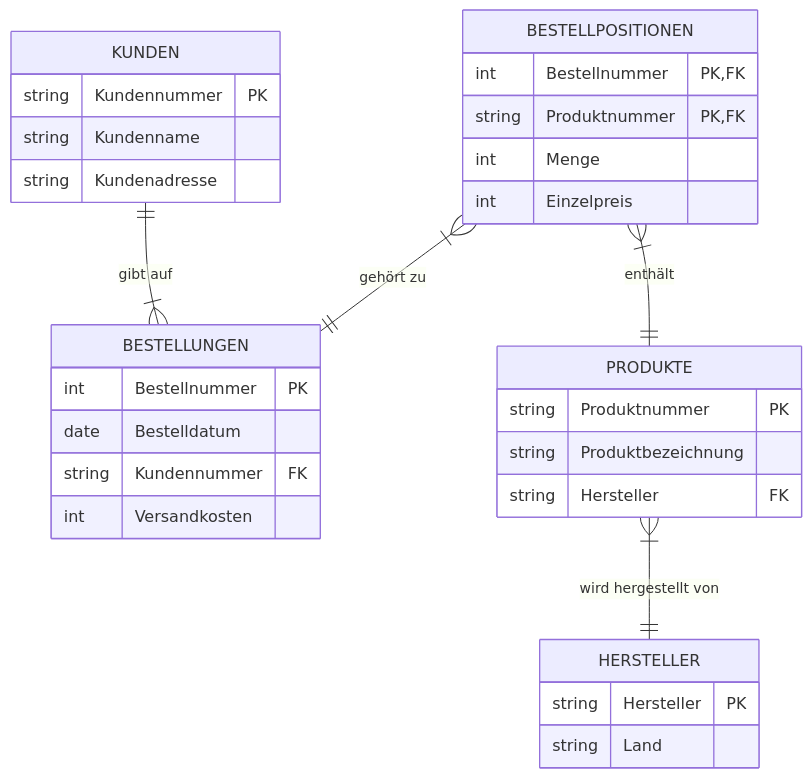
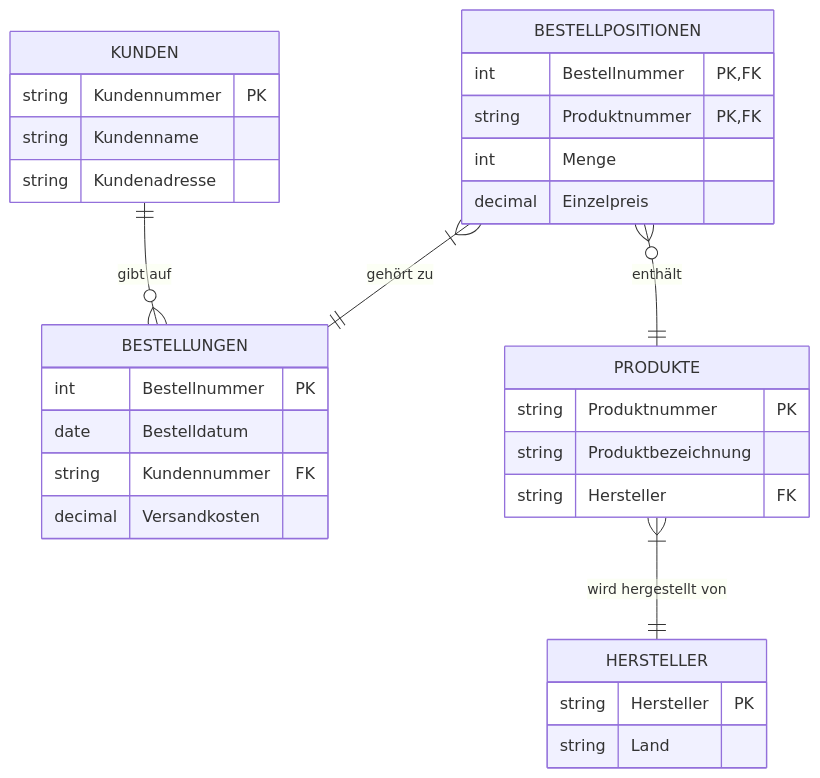
The diagram in aufgabe3_diagramm/diagramm.md (asav-de/normalisierung), drawn with Mermaid before and after one commit. The commit also changed 4 other files, not shown here.

Commit message:
Aufgabe 2: ER-Modell; Aufgabe 3: Datentypen und Kardinalitäten korrigiert

````diff
--- a/aufgabe3_diagramm/diagramm.md
+++ b/aufgabe3_diagramm/diagramm.md
@@ -3,35 +3,35 @@
 ```mermaid
 erDiagram
     BESTELLUNGEN {
         int Bestellnummer PK
         date Bestelldatum
         string Kundennummer FK
-        int Versandkosten
+        decimal Versandkosten
     }
     KUNDEN {
         string Kundennummer PK
         string Kundenname
         string Kundenadresse
     }
     PRODUKTE {
         string Produktnummer PK
         string Produktbezeichnung
         string Hersteller FK
     }
     HERSTELLER {
         string Hersteller PK
         string Land
     }
     BESTELLPOSITIONEN {
         int Bestellnummer PK, FK
         string Produktnummer PK, FK
         int Menge
-        int Einzelpreis
+        decimal Einzelpreis
     }
 
-    KUNDEN ||--|{ BESTELLUNGEN : "gibt auf"
+    KUNDEN ||--o{ BESTELLUNGEN : "gibt auf"
     PRODUKTE }|--|| HERSTELLER : "wird hergestellt von"
-    BESTELLPOSITIONEN }|--|| PRODUKTE : "enthält" 
+    BESTELLPOSITIONEN }o--|| PRODUKTE : "enthält" 
     BESTELLPOSITIONEN }|--|| BESTELLUNGEN : "gehört zu"
     
 ```
````
